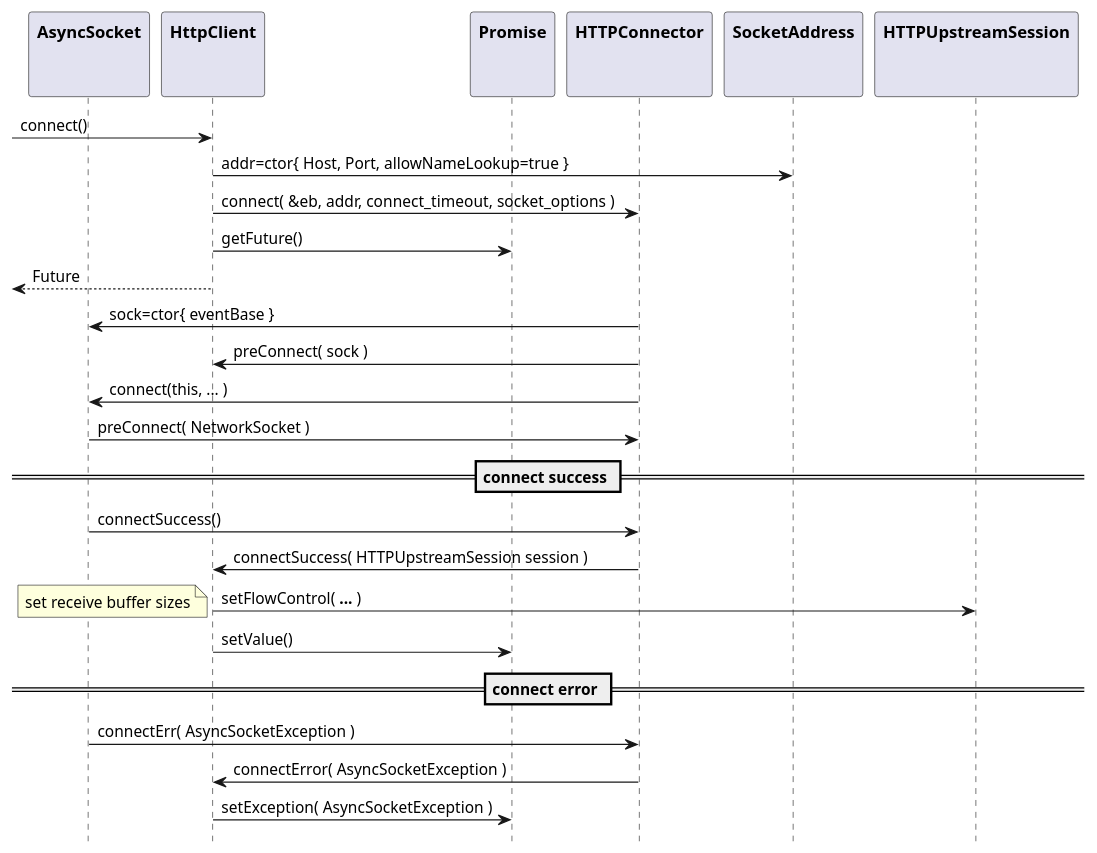
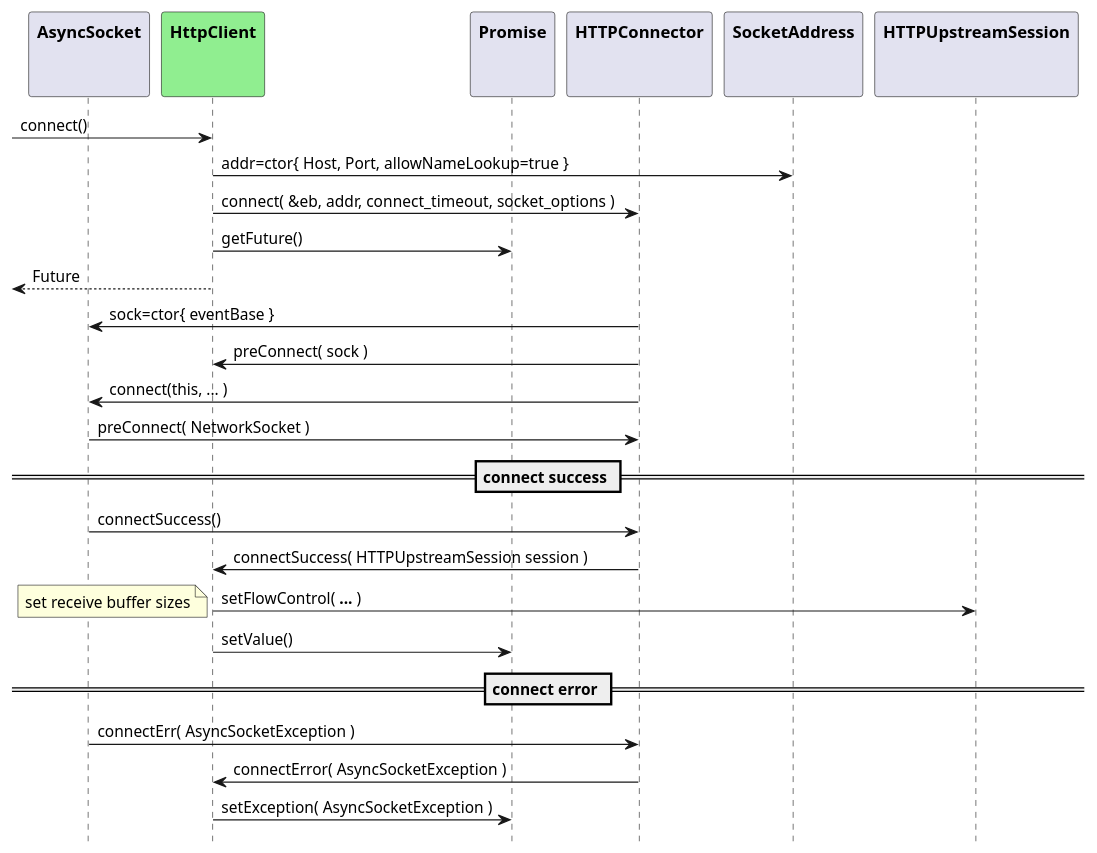
Before and after one commit to patrickhallinan/hello-proxygen: the second of 4 diagrams in doc/http-client.adoc, drawn with PlantUML. The commit also changed other lines of this file and 8 other files, not shown here.

```diff
--- a/doc/http-client.adoc
+++ b/doc/http-client.adoc
@@ -97,41 +97,41 @@
 [plantuml, "http-client-connect-seq.puml", svg]
 ----
 hide footbox
 
 participant "**AsyncSocket**\n\n" as AsyncSocket
-participant "**HttpClient**\n\n" as HttpClient
+participant "**HttpClient**\n\n" as HttpClient #LightGreen
 participant "**Promise**\n\n" as Promise
 participant "**HTTPConnector**\n\n" as HTTPConnector
 participant "**SocketAddress**\n\n" as SocketAddress
 participant "**HTTPUpstreamSession**\n\n" as HTTPUpstreamSession
 
 
 
 -> HttpClient : connect()
 
 HttpClient -> SocketAddress : addr=ctor{ Host, Port, allowNameLookup=true }
 HttpClient -> HTTPConnector : connect( &eb, addr, connect_timeout, socket_options )
 HttpClient -> Promise : getFuture()
 <-- HttpClient : Future
 
 HTTPConnector -> AsyncSocket : sock=ctor{ eventBase }
 HTTPConnector -> HttpClient : preConnect( sock )
 HTTPConnector -> AsyncSocket : connect(this, ... )
 AsyncSocket -> HTTPConnector : preConnect( NetworkSocket )
 
 == connect success ==
 
 AsyncSocket -> HTTPConnector : connectSuccess()
 HTTPConnector -> HttpClient : connectSuccess( HTTPUpstreamSession session )
 
 HttpClient -> HTTPUpstreamSession : setFlowControl( **...** )
 note left: set receive buffer sizes
 
 HttpClient -> Promise : setValue()
 
 == connect error ==
 
 AsyncSocket -> HTTPConnector : connectErr( AsyncSocketException )
 HTTPConnector -> HttpClient : connectError( AsyncSocketException )
 HttpClient -> Promise : setException( AsyncSocketException ) 
 ----
```
